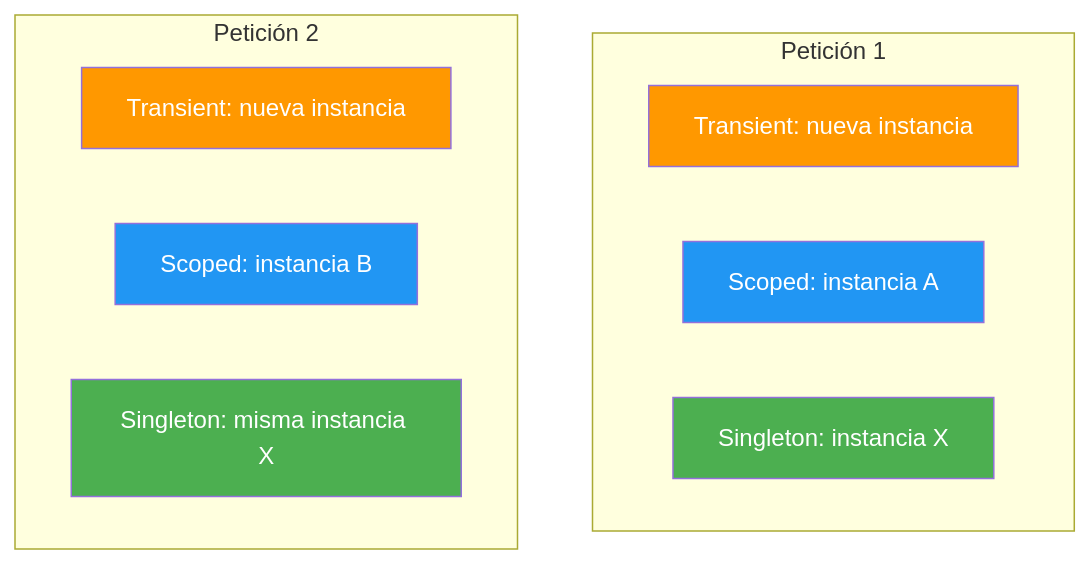
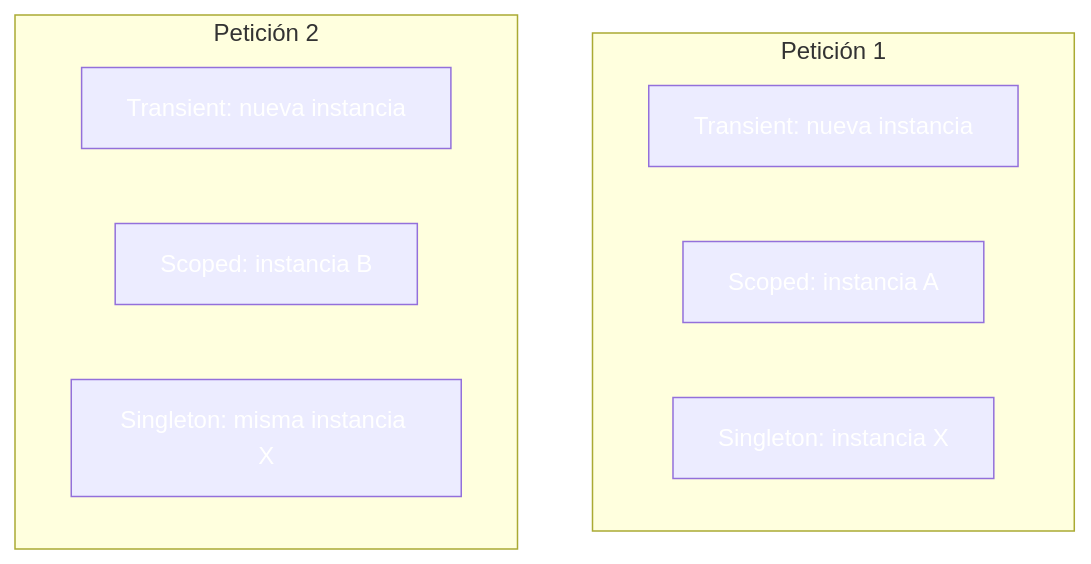
The first of 5 diagrams in 06-inyeccion-dependencias.md (joseluisgs/DesarrolloWebEntornosServidor-02-2026-2027), drawn with Mermaid before and after one commit. The commit also changed other lines of this file and 41 other files, not shown here.

````diff
--- a/06-inyeccion-dependencias.md
+++ b/06-inyeccion-dependencias.md
@@ -173,19 +173,19 @@
 ```mermaid
 flowchart TB
     subgraph "Petición 1"
         T1["Transient: nueva instancia"]
         S1["Scoped: instancia A"]
         G1["Singleton: instancia X"]
     end
     subgraph "Petición 2"
         T2["Transient: nueva instancia"]
         S2["Scoped: instancia B"]
         G2["Singleton: misma instancia X"]
     end
-    style T1 fill:#FF9800,color:#fff
-    style T2 fill:#FF9800,color:#fff
-    style S1 fill:#2196F3,color:#fff
-    style S2 fill:#2196F3,color:#fff
-    style G1 fill:#4CAF50,color:#fff
-    style G2 fill:#4CAF50,color:#fff
+    style T1 fill:#FF980,color:#fff0,color:#fff
+    style T2 fill:#FF980,color:#fff0,color:#fff
+    style S1 fill:#2196F,color:#fff3,color:#fff
+    style S2 fill:#2196F,color:#fff3,color:#fff
+    style G1 fill:#4CAF5,color:#fff0,color:#fff
+    style G2 fill:#4CAF5,color:#fff0,color:#fff
 ```
````
